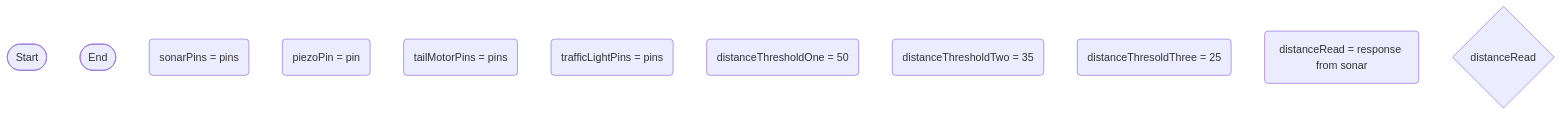
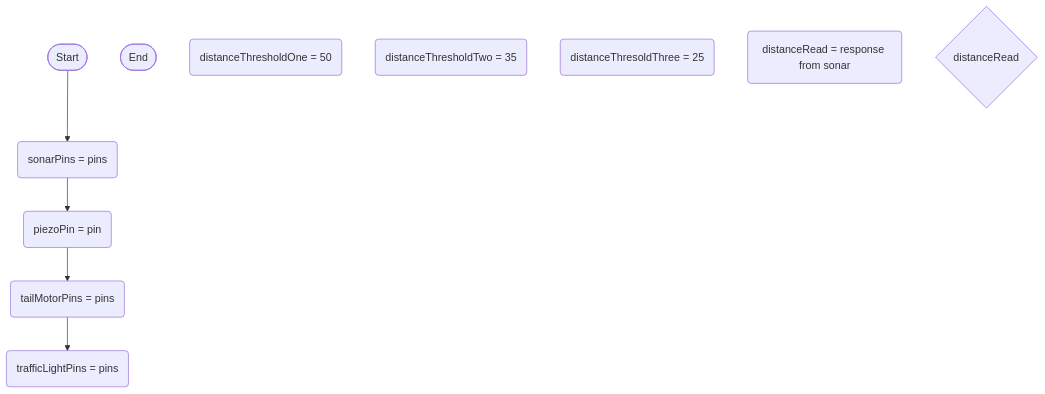
One commit to Deltace05/SmartDog changed the diagram in logic.md. Above: the diagram before and after it, drawn with Mermaid.

````diff
--- a/logic.md
+++ b/logic.md
@@ -1,14 +1,19 @@
 ```mermaid
 flowchart TD
 terminalStart([Start])
 terminalEnd([End])
 setSonarRead(sonarPins = pins)
 setPiezoPin(piezoPin = pin)
 setTail(tailMotorPins = pins)
 setLight(trafficLightPins = pins)
 thresholdSetOne(distanceThresholdOne = 50)
 thresholdSetTwo(distanceThresholdTwo = 35)
 thresholdSetThree(distanceThresoldThree = 25)
 currentDistanceReading(distanceRead = response from sonar)
 ifDistanceLessThanThresholdOne{distanceRead <distanceThresholdOne>}
+terminalStart --> setSonarRead
+setSonarRead --> setPiezoPin
+setPiezoPin --> setTail
+setTail --> setLight
+
 ```
````
